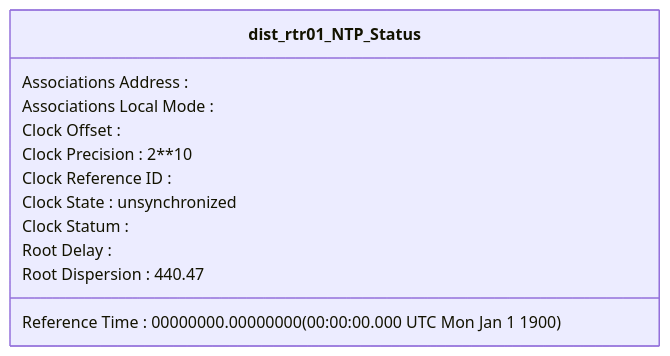
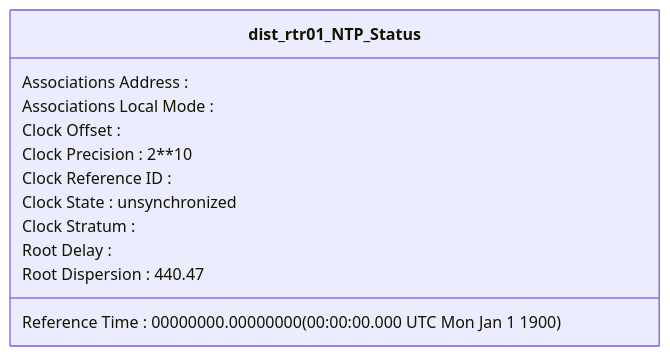
One commit to automateyournetwork/pyYAHTS changed the third of 3 diagrams in Examples/IOS-XE/Mermaid Class/dist-rtr01 ntp class.md. Above: the diagram before and after it, drawn with Mermaid. The commit also changed other lines of this file and 31 other files, not shown here.

````diff
--- a/Examples/IOS-XE/Mermaid Class/dist-rtr01 ntp class.md
+++ b/Examples/IOS-XE/Mermaid Class/dist-rtr01 ntp class.md
@@ -27,15 +27,15 @@
 ```mermaid
 classDiagram
 class dist_rtr01_NTP_Status{
 Associations Address : 
 Associations Local Mode : 
 Clock Offset : 
 Clock Precision : 2**10
 Clock Reference ID : 
 Clock State : unsynchronized
-Clock Statum : 
+Clock Stratum : 
 Reference Time : 00000000.00000000 (00:00:00.000 UTC Mon Jan 1 1900)
 Root Delay : 
 Root Dispersion : 440.47
 }
 ```
````
